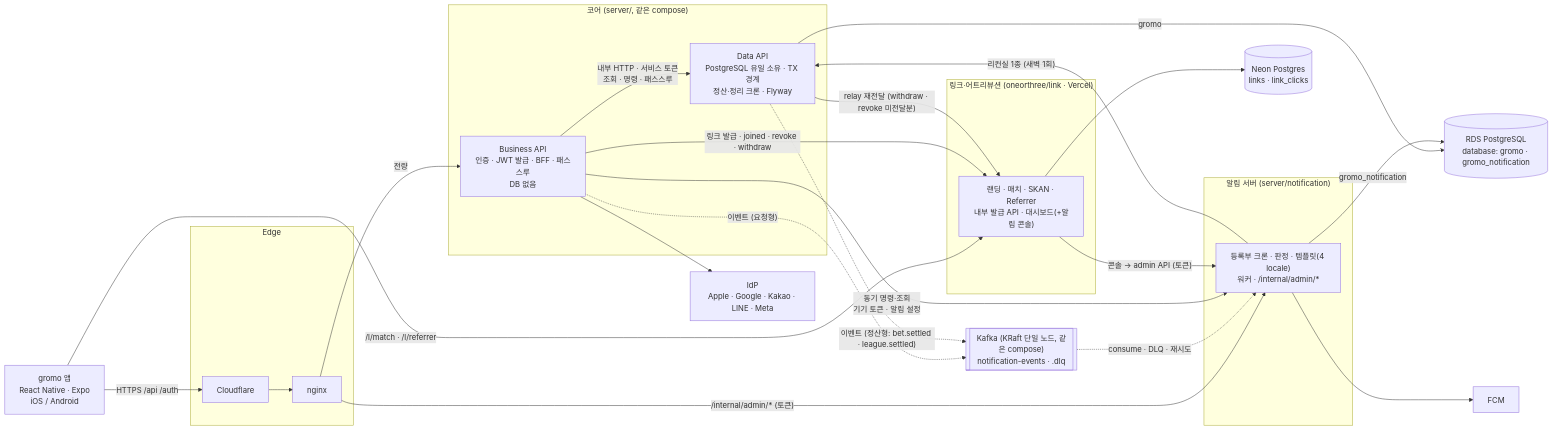
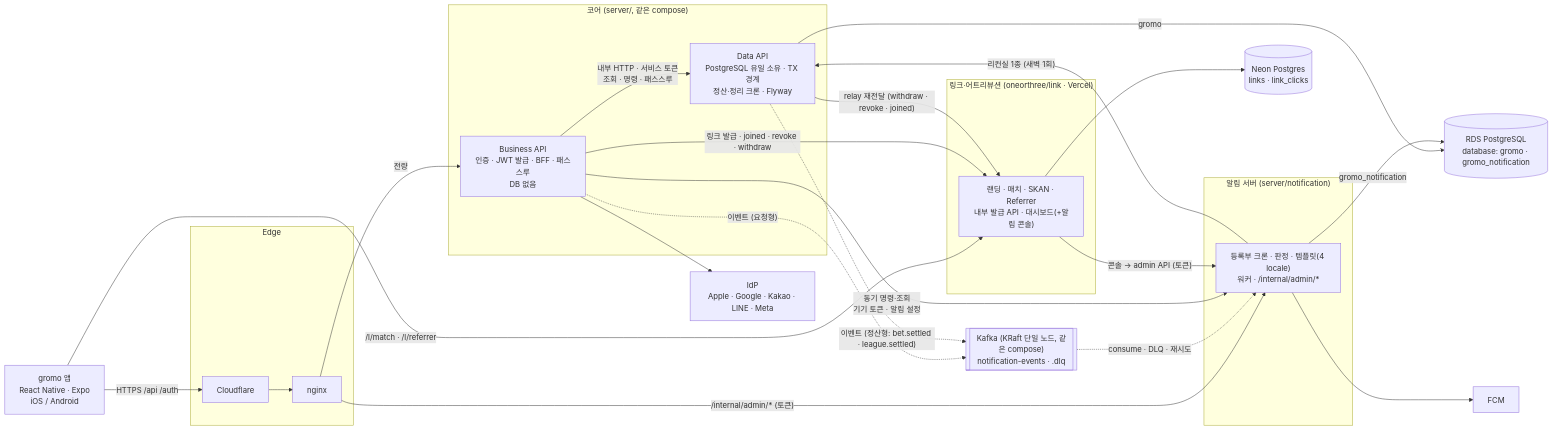
The first of 2 diagrams in docs/architecture/service-architecture.md (OneOrThree/phone), drawn with Mermaid before and after one commit. The commit also changed other lines of this file and 3 other files, not shown here.

````diff
--- a/docs/architecture/service-architecture.md
+++ b/docs/architecture/service-architecture.md
@@ -12,41 +12,41 @@
 ```mermaid
 flowchart LR
   APP["gromo 앱<br/>React Native · Expo<br/>iOS / Android"]
   subgraph Edge["Edge"]
     CF["Cloudflare"] --> NX["nginx"]
   end
   subgraph Core["코어 (server/, 같은 compose)"]
     BIZ["Business API<br/>인증 · JWT 발급 · BFF · 패스스루<br/>DB 없음"]
     DATA["Data API<br/>PostgreSQL 유일 소유 · TX 경계<br/>정산·정리 크론 · Flyway"]
   end
   subgraph Noti["알림 서버 (server/notification)"]
     NS["등록부 크론 · 판정 · 템플릿(4 locale)<br/>워커 · /internal/admin/*"]
   end
   subgraph Link["링크·어트리뷰션 (oneorthree/link · Vercel)"]
     LK["랜딩 · 매치 · SKAN · Referrer<br/>내부 발급 API · 대시보드(+알림 콘솔)"]
   end
   PG[("RDS PostgreSQL<br/>database: gromo · gromo_notification")]
   NEON[("Neon Postgres<br/>links · link_clicks")]
   FCM["FCM"]
   IDP["IdP<br/>Apple · Google · Kakao · LINE · Meta"]
 
   APP -->|"HTTPS /api /auth"| CF
   NX -->|"전량"| BIZ
   NX -->|"/internal/admin/* (토큰)"| NS
   APP -->|"/l/match · /l/referrer"| LK
   BIZ -->|"내부 HTTP · 서비스 토큰<br/>조회 · 명령 · 패스스루"| DATA
   KAFKA[["Kafka (KRaft 단일 노드, 같은 compose)<br/>notification-events · .dlq"]]
   BIZ -.->|"이벤트 (요청형)"| KAFKA
   DATA -.->|"이벤트 (정산형: bet.settled · league.settled)"| KAFKA
   KAFKA -.->|"consume · DLQ · 재시도"| NS
   BIZ -->|"동기 명령·조회<br/>기기 토큰 · 알림 설정"| NS
   NS -->|"리컨실 1종 (새벽 1회)"| DATA
   BIZ -->|"링크 발급 · joined · revoke · withdraw"| LK
-  DATA -->|"relay 재전달 (withdraw · revoke 미전달분)"| LK
+  DATA -->|"relay 재전달 (withdraw · revoke · joined)"| LK
   DATA -->|"gromo"| PG
   NS -->|"gromo_notification"| PG
   LK --> NEON
   NS --> FCM
   BIZ --> IDP
   LK -->|"콘솔 → admin API (토큰)"| NS
 ```
````
